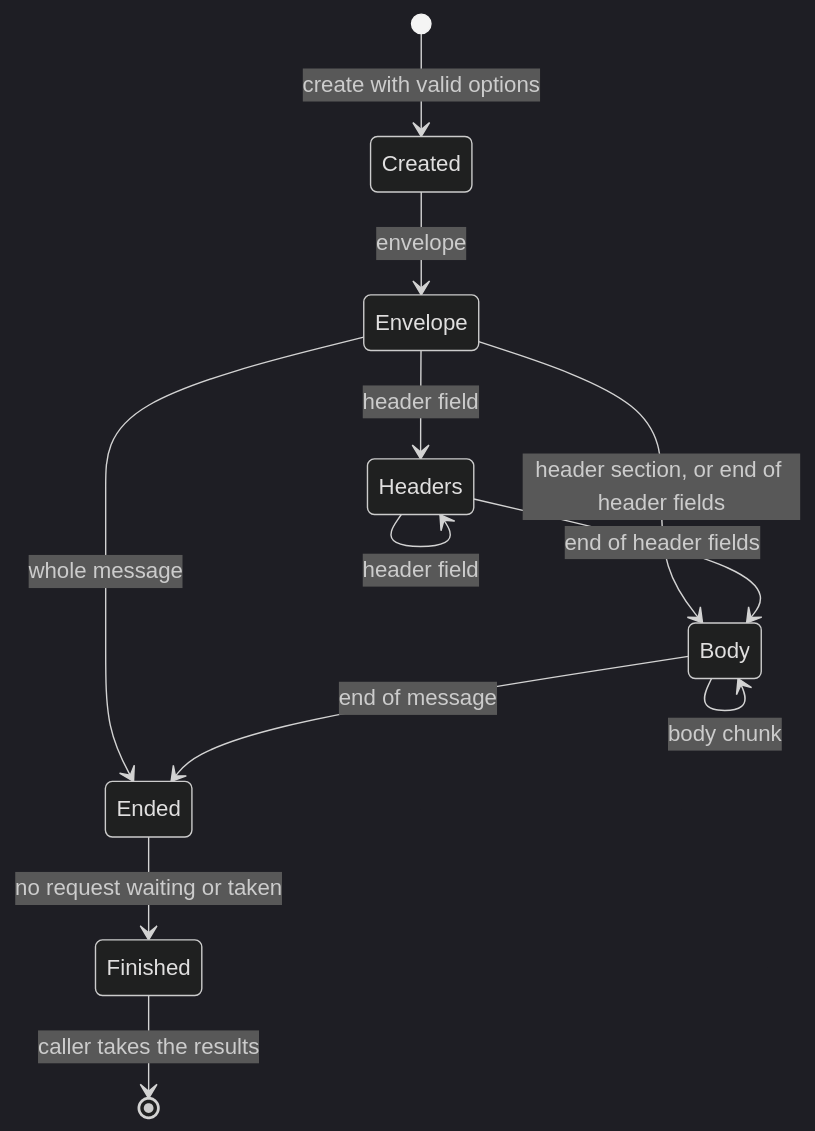
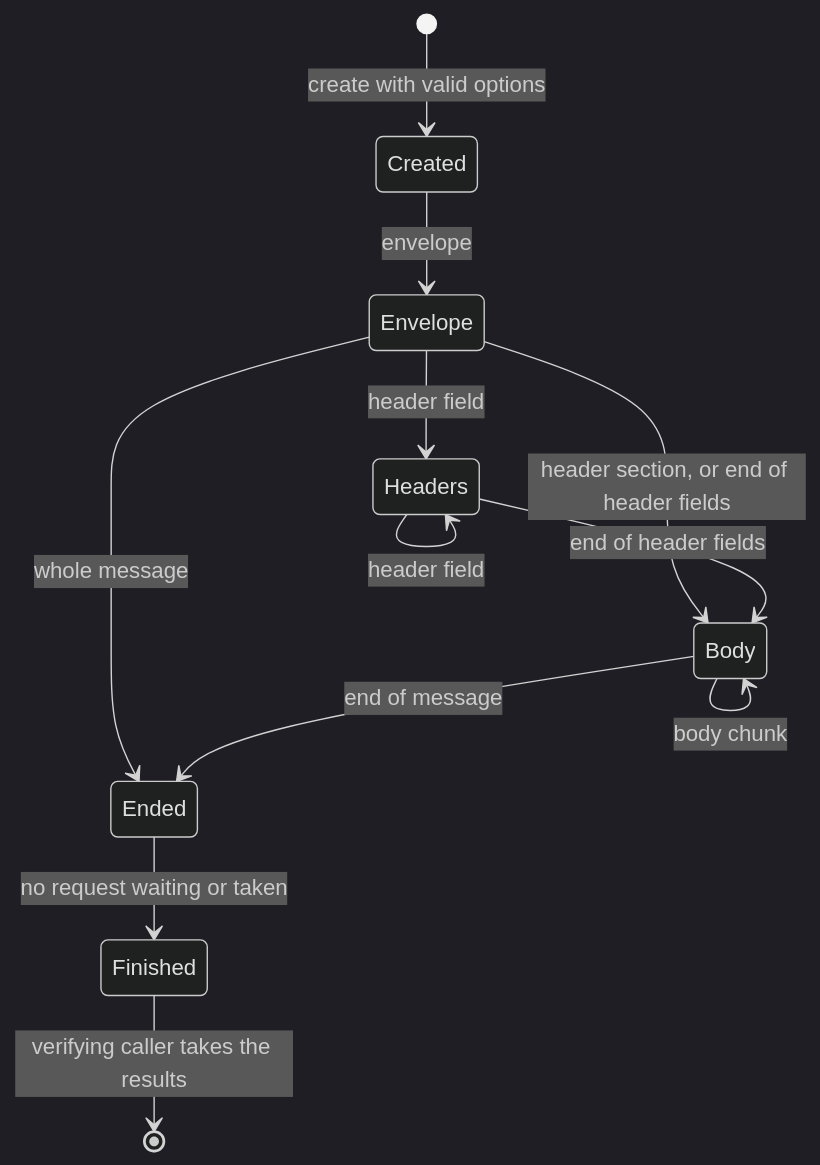
The second of 9 diagrams in docs/reference/design/lifecycle.md (photom/hallmark), drawn with Mermaid (dark theme) before and after one commit. The commit also changed other lines of this file and 48 other files, not shown here.

````diff
--- a/docs/reference/design/lifecycle.md
+++ b/docs/reference/design/lifecycle.md
@@ -50,14 +45,14 @@
 ```mermaid
 stateDiagram-v2
     [*] --> Created : create with valid options
     Created --> Envelope : envelope
     Envelope --> Headers : header field
     Headers --> Headers : header field
     Envelope --> Body : header section, or end of header fields
     Headers --> Body : end of header fields
     Envelope --> Ended : whole message
     Body --> Body : body chunk
     Body --> Ended : end of message
     Ended --> Finished : no request waiting or taken
-    Finished --> [*] : caller takes the results
+    Finished --> [*] : verifying caller takes the results
 ```
````
